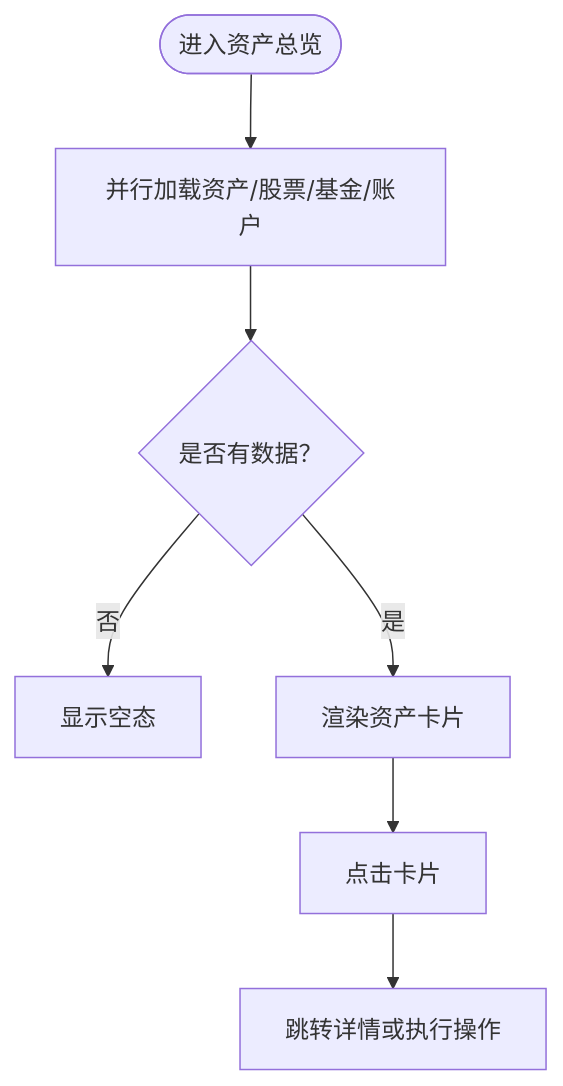
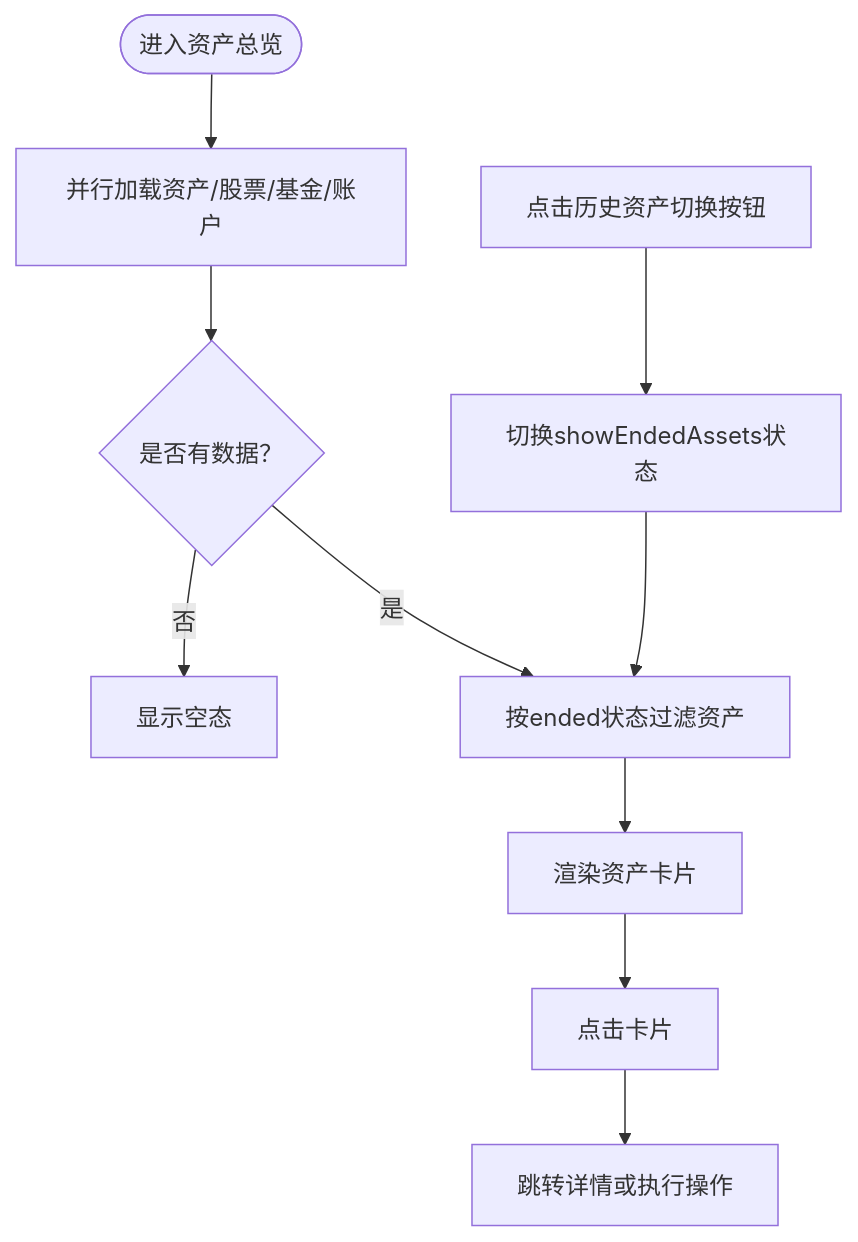
The third of 11 diagrams in .qoder/repowiki/zh/content/资产管理/资产管理.md (xiao-lin-unit/yuan), drawn with Mermaid before and after one commit. The commit also changed other lines of this file and 10 other files, not shown here.

````diff
--- a/.qoder/repowiki/zh/content/资产管理/资产管理.md
+++ b/.qoder/repowiki/zh/content/资产管理/资产管理.md
@@ -137,9 +133,12 @@
 ```mermaid
 flowchart TD
 Start(["进入资产总览"]) --> Load["并行加载资产/股票/基金/账户"]
 Load --> HasData{"是否有数据？"}
 HasData -- 否 --> Empty["显示空态"]
-HasData -- 是 --> RenderCards["渲染资产卡片"]
+HasData -- 是 --> Filter["按ended状态过滤资产"]
+Filter --> RenderCards["渲染资产卡片"]
 RenderCards --> Click["点击卡片"]
 Click --> Detail["跳转详情或执行操作"]
+Toggle["点击历史资产切换按钮"] --> ToggleState["切换showEndedAssets状态"]
+ToggleState --> Filter
 ```
````
